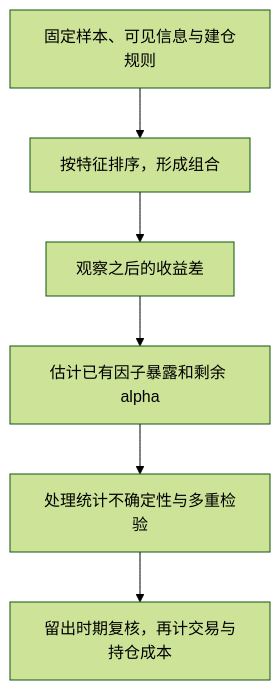
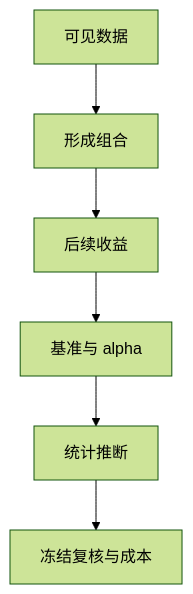
The diagram in archive/Quantitative Trading/notes.md (Negronii/MyNotes), drawn with Mermaid (forest theme) before and after one commit. The commit also changed other lines of this file and 1 other file, not shown here.

````diff
--- a/archive/Quantitative Trading/notes.md
+++ b/archive/Quantitative Trading/notes.md
@@ -5,8 +7,8 @@
 ```mermaid
 flowchart TD
-  A[固定样本、可见信息与建仓规则] --> B[按特征排序，形成组合]
-  B --> C[观察之后的收益差]
-  C --> D[估计已有因子暴露和剩余 alpha]
-  D --> E[处理统计不确定性与多重检验]
-  E --> F[留出时期复核，再计交易与持仓成本]
+  A[可见数据] --> B[形成组合]
+  B --> C[后续收益]
+  C --> D[基准与 alpha]
+  D --> E[统计推断]
+  E --> F[冻结复核与成本]
 ```
````
